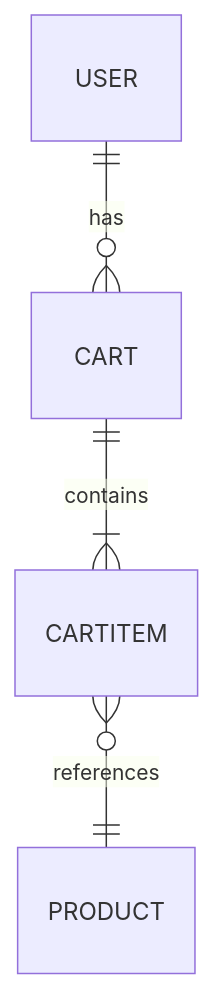
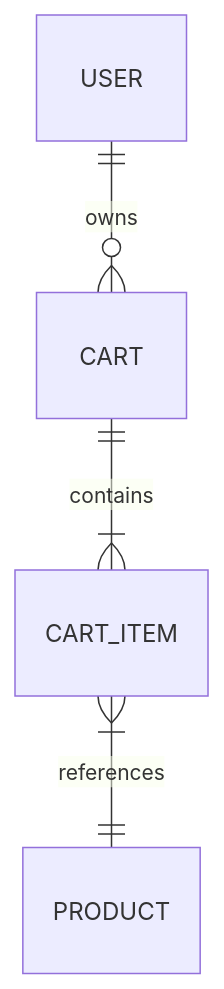
One commit to loginkarun/bank5 changed the diagram in lld/lld_SCRUM-11692.md. Above: the diagram before and after it, drawn with Mermaid. The commit also changed other lines of this file, not shown here.

````diff
--- a/lld/lld_SCRUM-11692.md
+++ b/lld/lld_SCRUM-11692.md
@@ -98,6 +101,6 @@
 ```mermaid
 erDiagram
-    USER ||--o{ CART : has
-    CART ||--|{ CARTITEM : contains
-    CARTITEM }o--|| PRODUCT : references
+    USER ||--o{ CART : owns
+    CART ||--|{ CART_ITEM : contains
+    CART_ITEM }|--|| PRODUCT : references
 ```
````
